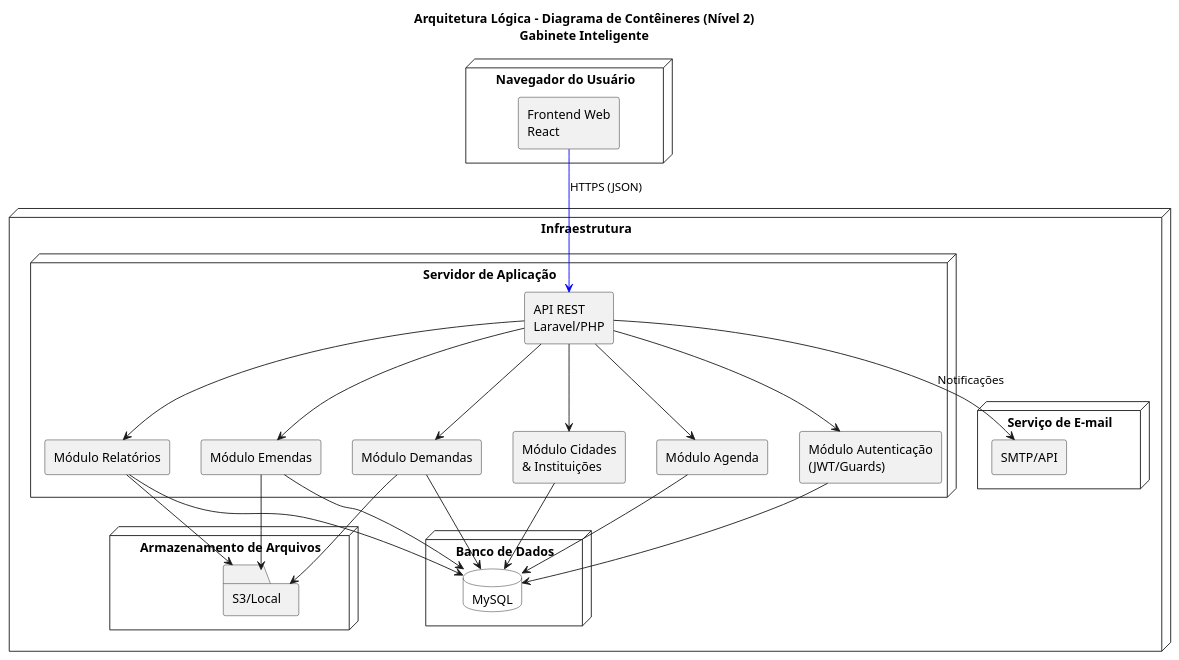
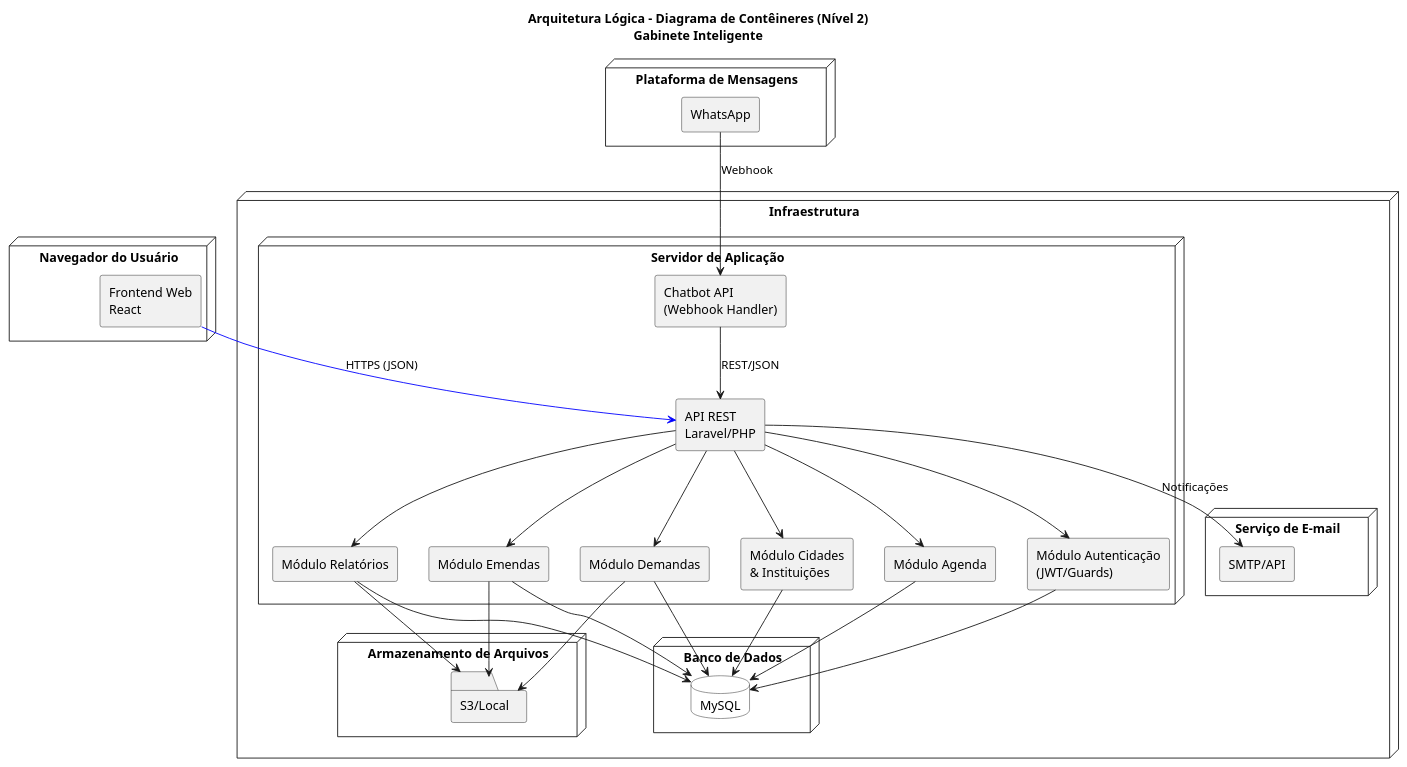
The diagram in Artefatos/Arquitetura/arquitetura-containers.puml (ICEI-PUC-Minas-PPLES-TI/plf-es-2025-2-tcci-0393100-dev-bernardo-biondini), drawn with PlantUML before and after one commit. The commit also changed 51 other files, not shown here.

First line of the commit message:
feat: Add chatbot functionality and related diagrams

```diff
--- a/Artefatos/Arquitetura/arquitetura-containers.puml
+++ b/Artefatos/Arquitetura/arquitetura-containers.puml
@@ -2,58 +1,70 @@
 @startuml
 title Arquitetura Lógica - Diagrama de Contêineres (Nível 2)\nGabinete Inteligente
 
 skinparam shadowing false
 skinparam componentStyle rectangle
 skinparam rectangle {
   BorderColor #34495e
   BackgroundColor #f8f9fa
 }
 skinparam databaseBackgroundColor #ffffff
 
 node "Navegador do Usuário" as Browser {
   component "Frontend Web\nReact" as Frontend
 }
 
+node "Plataforma de Mensagens" as Msg {
+  component "WhatsApp" as WhatsApp
+}
+
 node "Infraestrutura" as Infra {
   node "Servidor de Aplicação" as AppSrv {
     component "API REST\nLaravel/PHP" as API
+    component "Chatbot API\n(Webhook Handler)" as Chatbot
     component "Módulo Autenticação\n(JWT/Guards)" as Auth
     component "Módulo Demandas" as Dem
     component "Módulo Emendas" as Eme
     component "Módulo Cidades\n& Instituições" as CidInst
     component "Módulo Agenda" as Agd
     component "Módulo Relatórios" as Rel
   }
+
   node "Banco de Dados" as DBHost {
     database "MySQL" as MySQL
   }
+
   node "Armazenamento de Arquivos" as Files {
     folder "S3/Local" as S3Local
   }
+
   node "Serviço de E-mail" as Mail {
     component "SMTP/API" as SMTP
   }
 }
 
 Frontend -[#blue]-> API : HTTPS (JSON)
+
+WhatsApp --> Chatbot : Webhook
+Chatbot --> API : REST/JSON
+
 API --> Auth
 API --> Dem
 API --> Eme
 API --> CidInst
 API --> Agd
 API --> Rel
 
 Auth --> MySQL
 Dem --> MySQL
 Eme --> MySQL
 CidInst --> MySQL
 Agd --> MySQL
 Rel --> MySQL
 
 Dem --> S3Local
 Eme --> S3Local
 Rel --> S3Local
 
 API --> SMTP : Notificações
 
 @enduml
```
